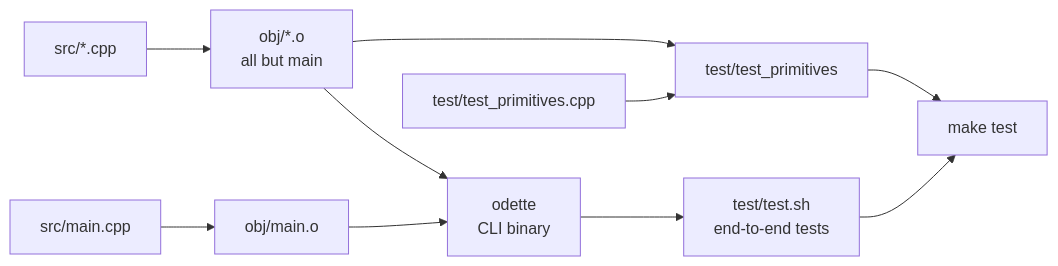
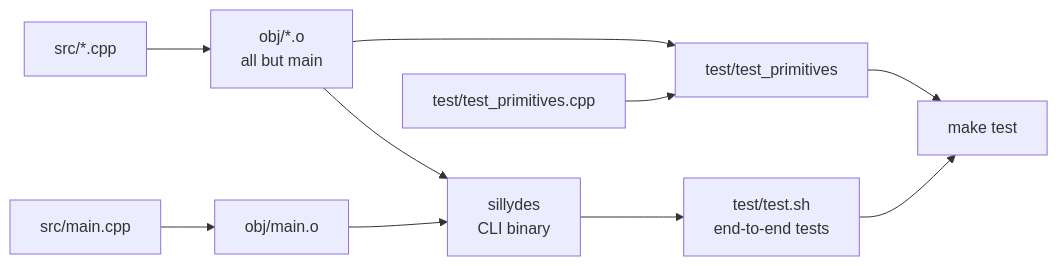
The tenth of 10 diagrams in STRUCTURE.md (avw1ein/sillydes), drawn with Mermaid before and after one commit. The commit also changed other lines of this file and 17 other files, not shown here.

````diff
--- a/STRUCTURE.md
+++ b/STRUCTURE.md
@@ -367,12 +367,12 @@
 ```mermaid
 flowchart LR
     src["src/*.cpp"] --> objs["obj/*.o<br/>all but main"]
     main["src/main.cpp"] --> mo["obj/main.o"]
-    objs --> odette["odette<br/>CLI binary"]
-    mo --> odette
+    objs --> sillydes["sillydes<br/>CLI binary"]
+    mo --> sillydes
     objs --> tp["test/test_primitives"]
     tpsrc["test/test_primitives.cpp"] --> tp
-    odette --> shtest["test/test.sh<br/>end-to-end tests"]
+    sillydes --> shtest["test/test.sh<br/>end-to-end tests"]
     tp --> make["make test"]
     shtest --> make
 ```
````
